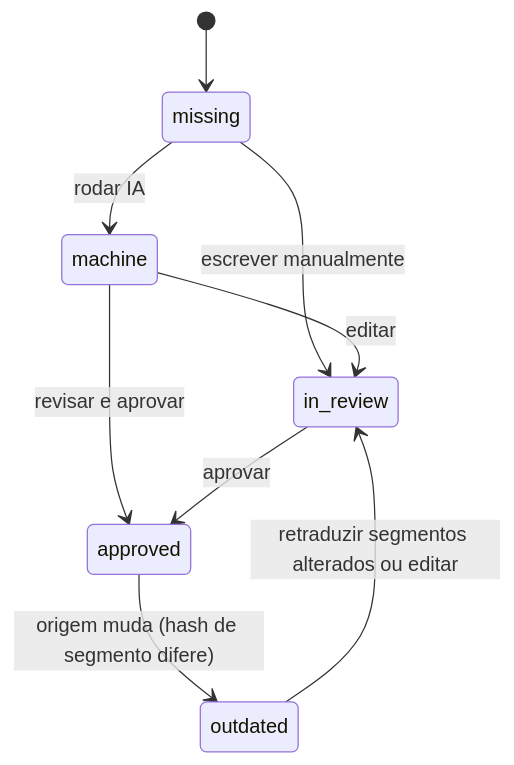
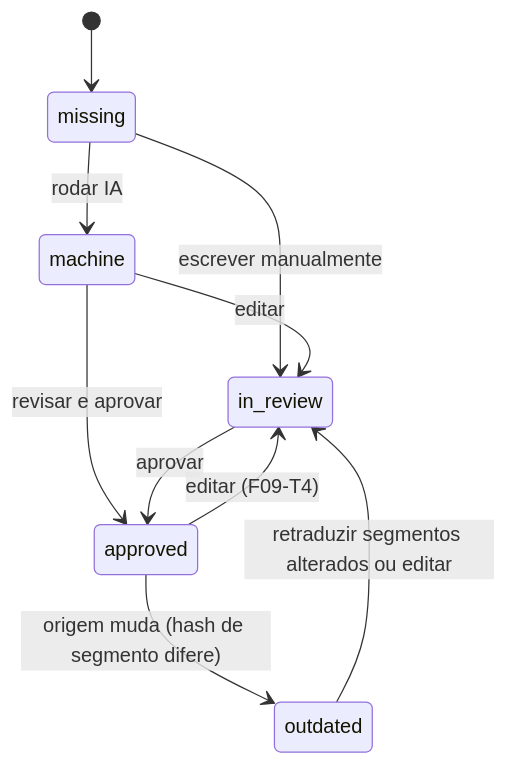
Before and after one commit to JackBowln/portfolio: the third of 3 diagrams in docs/architecture/data-model.md, drawn with Mermaid. The commit also changed 5 other files, not shown here.

````diff
--- a/docs/architecture/data-model.md
+++ b/docs/architecture/data-model.md
@@ -284,11 +284,12 @@
 ```mermaid
 stateDiagram-v2
   [*] --> missing
   missing --> machine: rodar IA
   missing --> in_review: escrever manualmente
   machine --> in_review: editar
   machine --> approved: revisar e aprovar
   in_review --> approved: aprovar
   approved --> outdated: origem muda (hash de segmento difere)
+  approved --> in_review: editar (F09-T4)
   outdated --> in_review: retraduzir segmentos alterados ou editar
 ```
````
